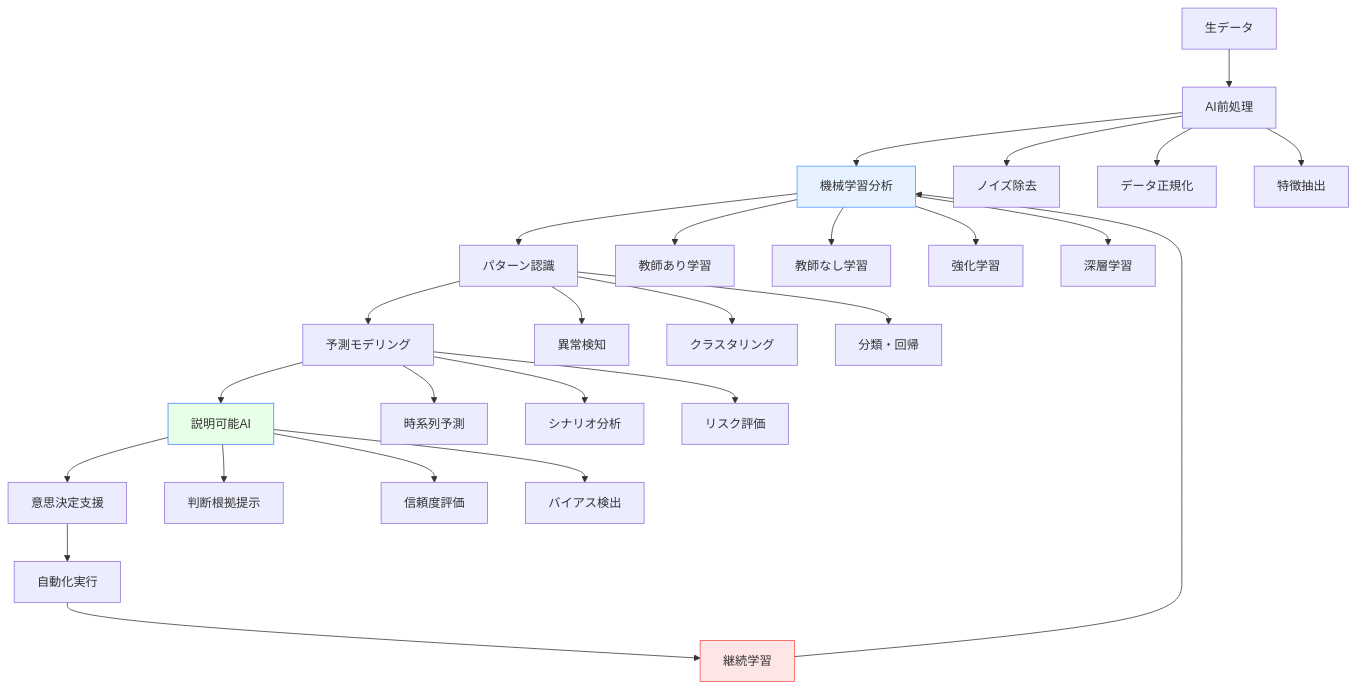
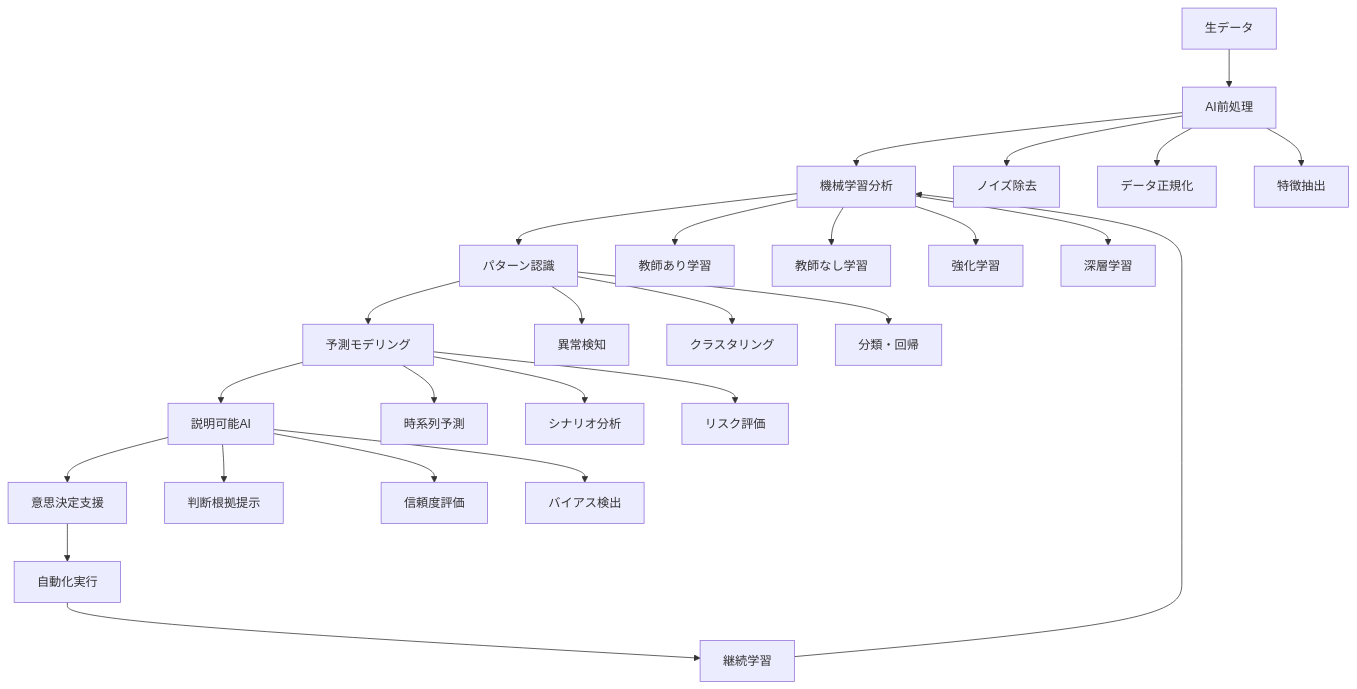
The first of 2 diagrams in docs/ai-and-future/index.md (shuji-bonji/Situational-Awareness-and-Decision-Making), drawn with Mermaid before and after one commit. The commit also changed other lines of this file and 49 other files, not shown here.

Commit message:
fix: ダークモードで見づらい図の色の変更

````diff
--- a/docs/ai-and-future/index.md
+++ b/docs/ai-and-future/index.md
@@ -17,37 +17,33 @@
 ```mermaid
 graph TD
     A[生データ] --> B[AI前処理]
     B --> C[機械学習分析]
     C --> D[パターン認識]
     D --> E[予測モデリング]
     E --> F[説明可能AI]
     F --> G[意思決定支援]
     G --> H[自動化実行]
     H --> I[継続学習]
     I --> C
 
     B --> B1[ノイズ除去]
     B --> B2[データ正規化]
     B --> B3[特徴抽出]
 
     C --> C1[教師あり学習]
     C --> C2[教師なし学習]
     C --> C3[強化学習]
     C --> C4[深層学習]
 
     D --> D1[異常検知]
     D --> D2[クラスタリング]
     D --> D3[分類・回帰]
 
     E --> E1[時系列予測]
     E --> E2[シナリオ分析]
     E --> E3[リスク評価]
 
     F --> F1[判断根拠提示]
     F --> F2[信頼度評価]
     F --> F3[バイアス検出]
-
-    style C fill:#e6f2ff,stroke:#4d94ff
-    style F fill:#e6ffe6,stroke:#4d7fff
-    style I fill:#ffe6e6,stroke:#ff4d4d
 ```
````
